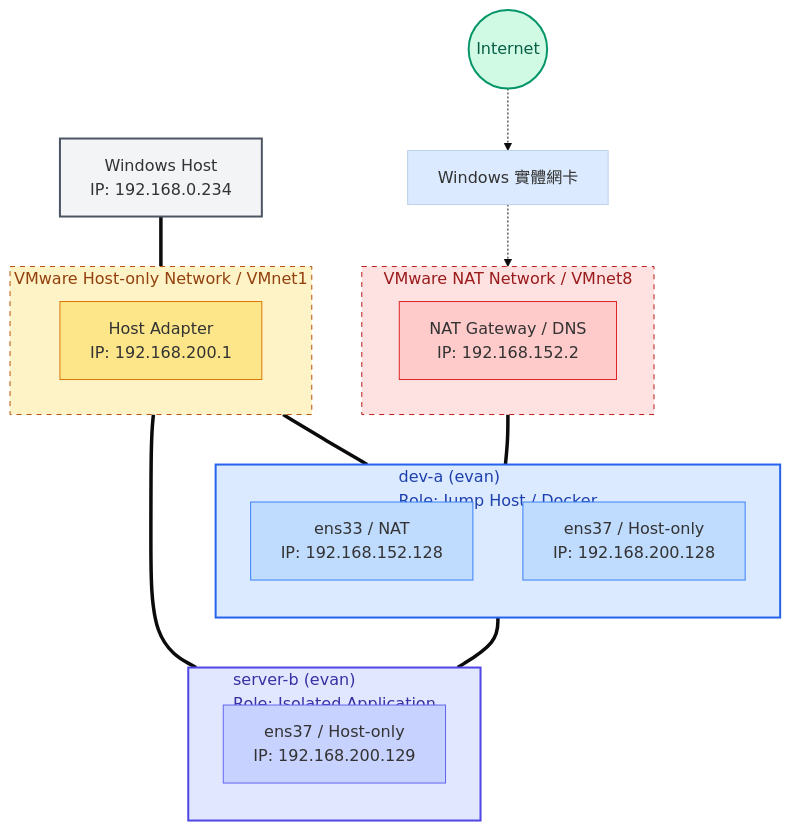
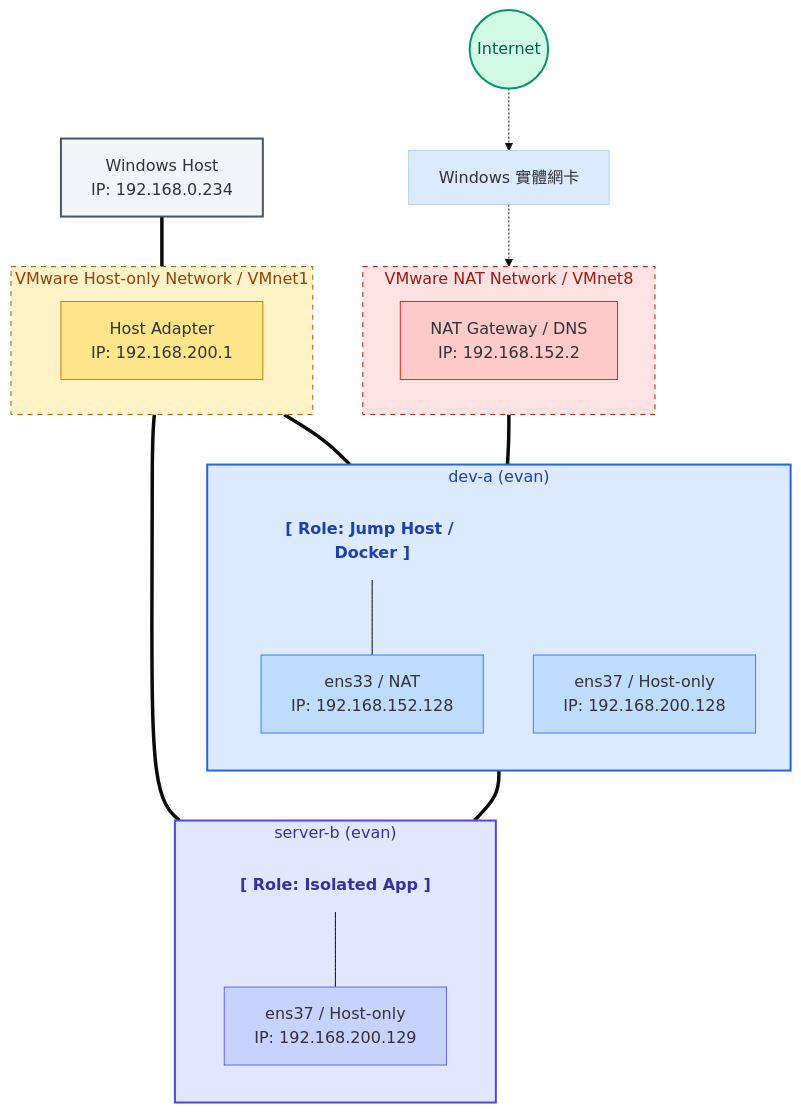
Before and after one commit to Evangodgod/412350182_TKUCVT: the diagram in w02/README.md, drawn with Mermaid.

````diff
--- a/w02/README.md
+++ b/w02/README.md
@@ -131,54 +131,69 @@
 ```mermaid
 %%{init: {'theme': 'base', 'themeVariables': { 'primaryColor': '#dbeafe', 'edgeLabelBackground':'#ffffff', 'tertiaryColor': '#fff'}}}%%
 flowchart TB
     %% 外部網路與 Host
     Internet((Internet))
     WindowsHost["Windows Host<br/>IP: 192.168.0.234"]
 
     %% VMware 虛擬網路
     subgraph VMnet8["VMware NAT Network / VMnet8"]
         direction LR
         VMnet8_GW["NAT Gateway / DNS<br/>IP: 192.168.152.2"]
     end
 
     subgraph VMnet1["VMware Host-only Network / VMnet1"]
         direction LR
         VMnet1_Adapter["Host Adapter<br/>IP: 192.168.200.1"]
     end
 
-    %% 虛擬機
-    subgraph DEVA["dev-a (evan)<br/>Role: Jump Host / Docker"]
+    %% 虛擬機 - dev-a (優化排版)
+    subgraph DEVA["dev-a (evan)"]
         direction TB
+        DEVA_Role["[ Role: Jump Host / Docker ]"]
         DEVA_Ens33["ens33 / NAT<br/>IP: 192.168.152.128"]
         DEVA_Ens37["ens37 / Host-only<br/>IP: 192.168.200.128"]
+        
+        %% 內部順序，確保 Role 在最上面
+        DEVA_Role --- DEVA_Ens33
     end
 
-    subgraph SRVB["server-b (evan)<br/>Role: Isolated Application"]
+    %% 虛擬機 - server-b (優化排版)
+    subgraph SRVB["server-b (evan)"]
         direction TB
+        SRVB_Role["[ Role: Isolated App ]"]
         SRVB_Ens37["ens37 / Host-only<br/>IP: 192.168.200.129"]
+        
+        SRVB_Role --- SRVB_Ens37
     end
 
     %% 連線流量
     Internet -.-> HOST_CONN["Windows 實體網卡"]
     HOST_CONN -.-> VMnet8_GW
     VMnet8_GW === DEVA_Ens33
 
     WindowsHost === VMnet1_Adapter
     VMnet1_Adapter === DEVA_Ens37
     VMnet1_Adapter === SRVB_Ens37
 
     DEVA_Ens37 === SRVB_Ens37
 
     %% 樣式設定
     style Internet fill:#d1fae5,stroke:#059669,stroke-width:2px,color:#065f46
     style WindowsHost fill:#f3f4f6,stroke:#4b5563,stroke-width:2px
     style VMnet8 fill:#fee2e2,stroke:#b91c1c,stroke-width:1px,stroke-dasharray: 5 5,color:#991b1b
     style VMnet1 fill:#fef3c7,stroke:#b45309,stroke-width:1px,stroke-dasharray: 5 5,color:#92400e
     style VMnet8_GW fill:#fecaca,stroke:#dc2626
     style VMnet1_Adapter fill:#fde68a,stroke:#d97706
+    
+    %% 強調虛擬機框框
     style DEVA fill:#dbeafe,stroke:#2563eb,stroke-width:2px,color:#1e40af
     style SRVB fill:#e0e7ff,stroke:#4f46e5,stroke-width:2px,color:#3730a3
+    
+    %% 讓 Role 標籤變透明/無邊框，看起來像文字
+    style DEVA_Role fill:none,stroke:none,color:#1e40af,font-weight:bold
+    style SRVB_Role fill:none,stroke:none,color:#3730a3,font-weight:bold
+    
     style DEVA_Ens33 fill:#bfdbfe,stroke:#3b82f6
     style DEVA_Ens37 fill:#bfdbfe,stroke:#3b82f6
     style SRVB_Ens37 fill:#c7d2fe,stroke:#6366f1
 ```
````
